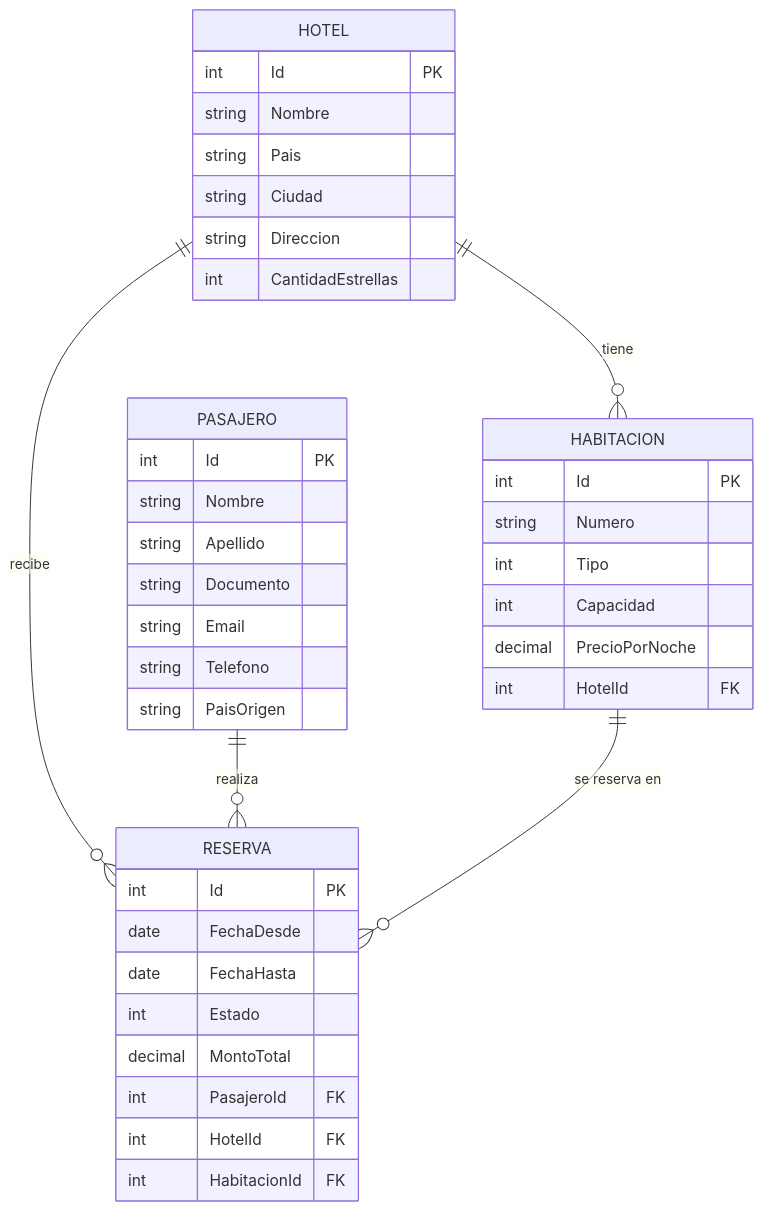
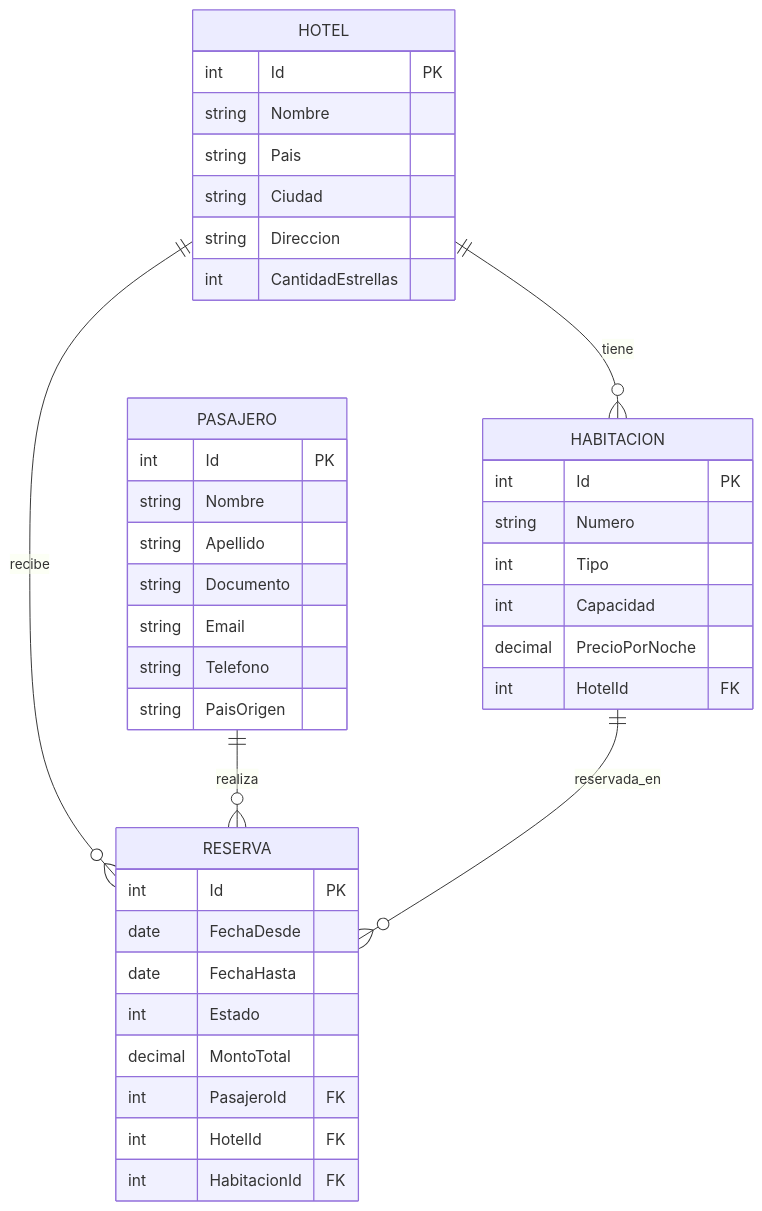
The diagram in README.md (KarinaAuday/ort-international-hotel), drawn with Mermaid before and after one commit.

Commit message:
Corregir sintaxis del diagrama Mermaid en el README
Las etiquetas de relacion entre comillas y con espacios ("se reserva
en") no son compatibles con el renderer de Mermaid que usa GitHub y
producian el error "Unable to render rich display". Se reemplazan por
etiquetas de una sola palabra sin comillas.

````diff
--- a/README.md
+++ b/README.md
@@ -33,46 +33,46 @@
 ```mermaid
 erDiagram
-    HOTEL ||--o{ HABITACION : "tiene"
-    HOTEL ||--o{ RESERVA : "recibe"
-    PASAJERO ||--o{ RESERVA : "realiza"
-    HABITACION ||--o{ RESERVA : "se reserva en"
+    HOTEL ||--o{ HABITACION : tiene
+    HOTEL ||--o{ RESERVA : recibe
+    PASAJERO ||--o{ RESERVA : realiza
+    HABITACION ||--o{ RESERVA : reservada_en
 
     HOTEL {
         int Id PK
         string Nombre
         string Pais
         string Ciudad
         string Direccion
         int CantidadEstrellas
     }
 
     PASAJERO {
         int Id PK
         string Nombre
         string Apellido
         string Documento
         string Email
         string Telefono
         string PaisOrigen
     }
 
     HABITACION {
         int Id PK
         string Numero
         int Tipo
         int Capacidad
         decimal PrecioPorNoche
         int HotelId FK
     }
 
     RESERVA {
         int Id PK
         date FechaDesde
         date FechaHasta
         int Estado
         decimal MontoTotal
         int PasajeroId FK
         int HotelId FK
         int HabitacionId FK
     }
 ```
````
